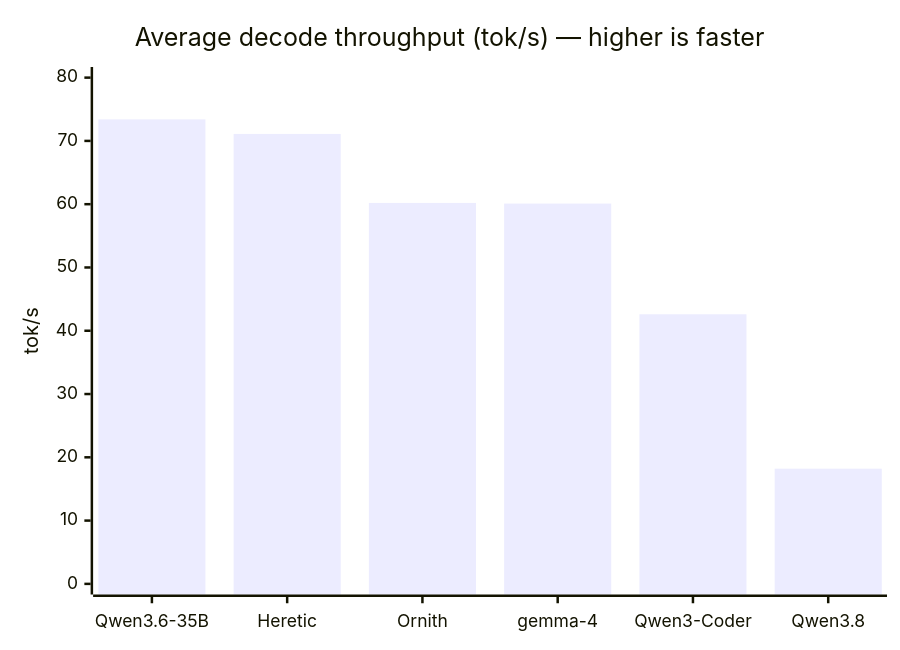
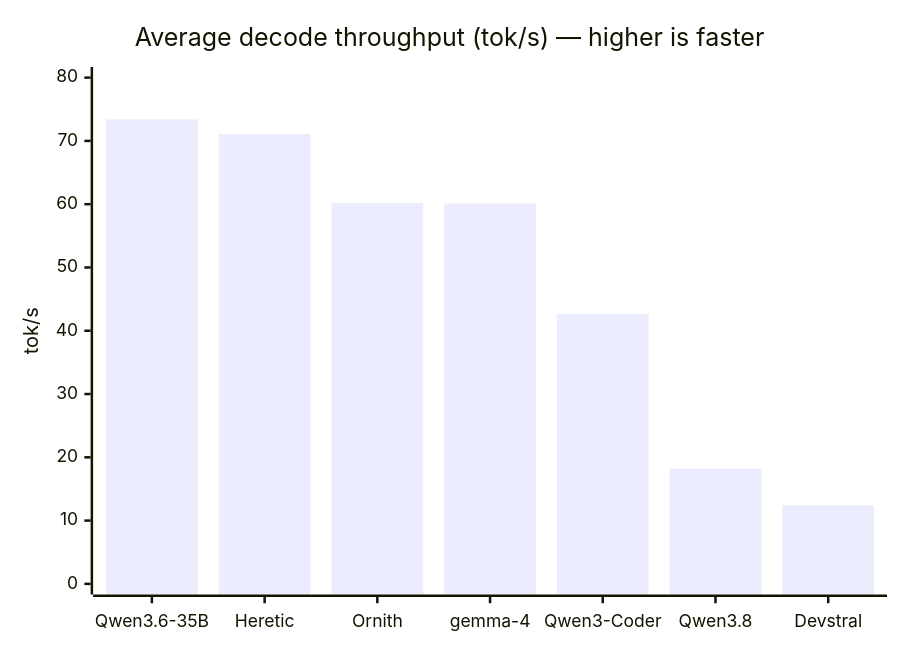
The first of 4 diagrams in README.md (mahirfatih/omlx-m1-max-benchmark), drawn with Mermaid before and after one commit. The commit also changed other lines of this file and 4 other files, not shown here.

````diff
--- a/README.md
+++ b/README.md
@@ -120,7 +122,7 @@
 ```mermaid
 xychart-beta
     title "Average decode throughput (tok/s) — higher is faster"
-    x-axis ["Qwen3.6-35B", "Heretic", "Ornith", "gemma-4", "Qwen3-Coder", "Qwen3.8"]
+    x-axis ["Qwen3.6-35B", "Heretic", "Ornith", "gemma-4", "Qwen3-Coder", "Qwen3.8", "Devstral"]
     y-axis "tok/s" 0 --> 80
-    bar [73.4, 71.1, 60.2, 60.1, 42.6, 18.2]
+    bar [73.4, 71.1, 60.2, 60.1, 42.6, 18.2, 12.4]
 ```
````
